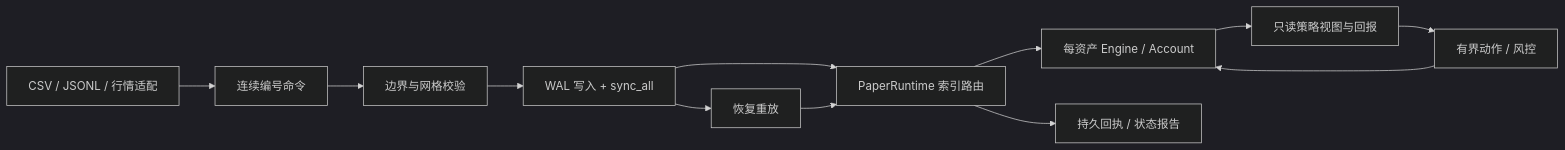
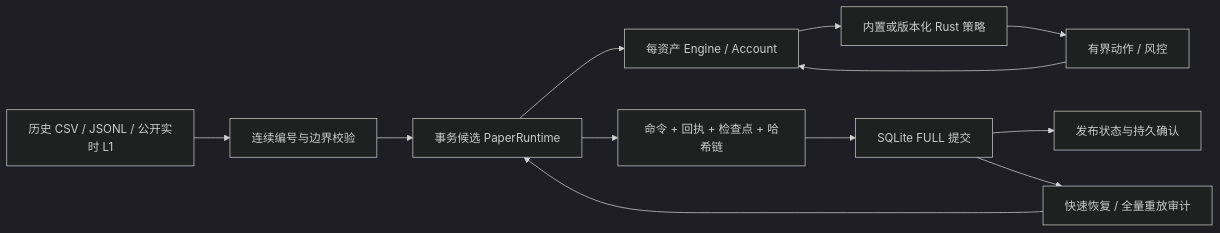
The first of 3 diagrams in docs/ARCHITECTURE.md (KazeBox33/kaze-quant), drawn with Mermaid (dark theme) before and after one commit. The commit also changed other lines of this file and 8 other files, not shown here.

Commit message:
docs: record Linux/macOS validation and current strategy architecture [skip ci]

````diff
--- a/docs/ARCHITECTURE.md
+++ b/docs/ARCHITECTURE.md
@@ -3,14 +3,14 @@
 ```mermaid
 flowchart LR
-    D[CSV / JSONL / 行情适配] --> C[连续编号命令]
-    C --> V[边界与网格校验]
-    V --> W[WAL 写入 + sync_all]
-    W --> P[PaperRuntime 索引路由]
-    P --> E[每资产 Engine / Account]
-    E --> S[只读策略视图与回报]
+    D[历史 CSV / JSONL / 公开实时 L1] --> C[连续编号与边界校验]
+    C --> T[事务候选 PaperRuntime]
+    T --> E[每资产 Engine / Account]
+    E --> S[内置或版本化 Rust 策略]
     S --> R[有界动作 / 风控]
     R --> E
-    P --> O[持久回执 / 状态报告]
-    W --> X[恢复重放]
-    X --> P
+    T --> W[命令 + 回执 + 检查点 + 哈希链]
+    W --> Q[SQLite FULL 提交]
+    Q --> P[发布状态与持久确认]
+    Q --> X[快速恢复 / 全量重放审计]
+    X --> T
 ```
````
